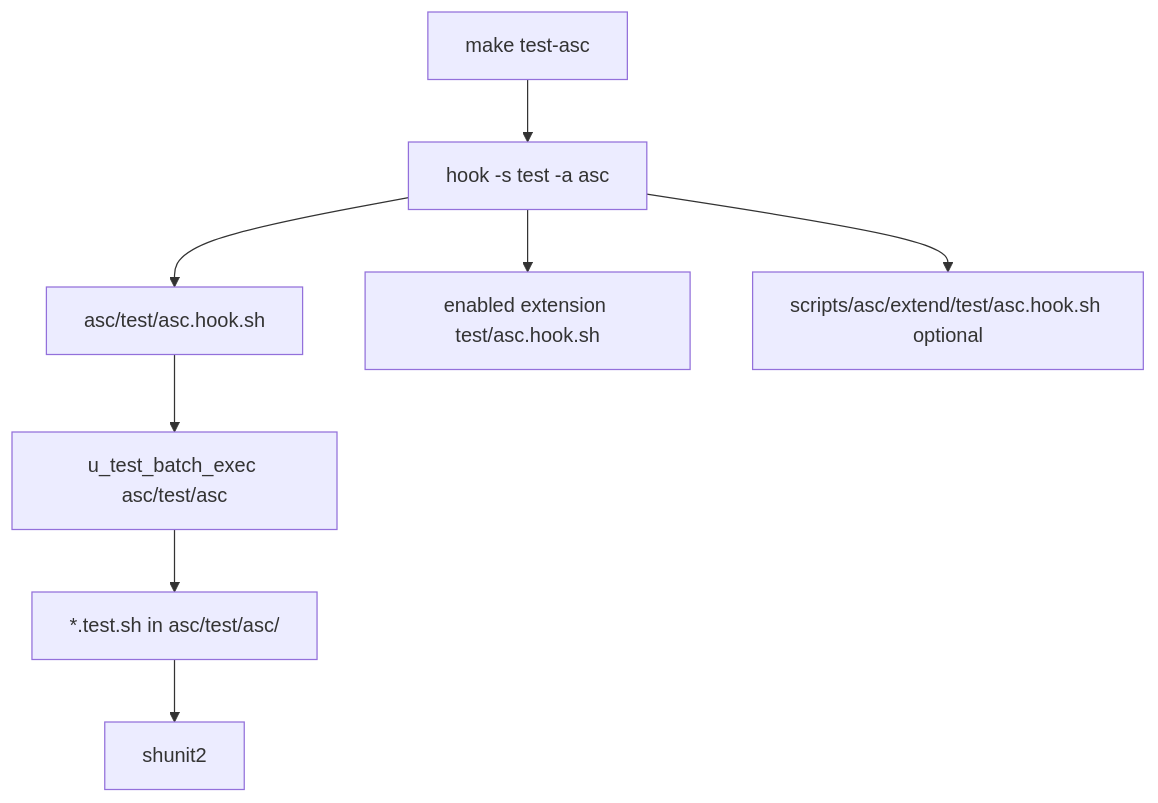
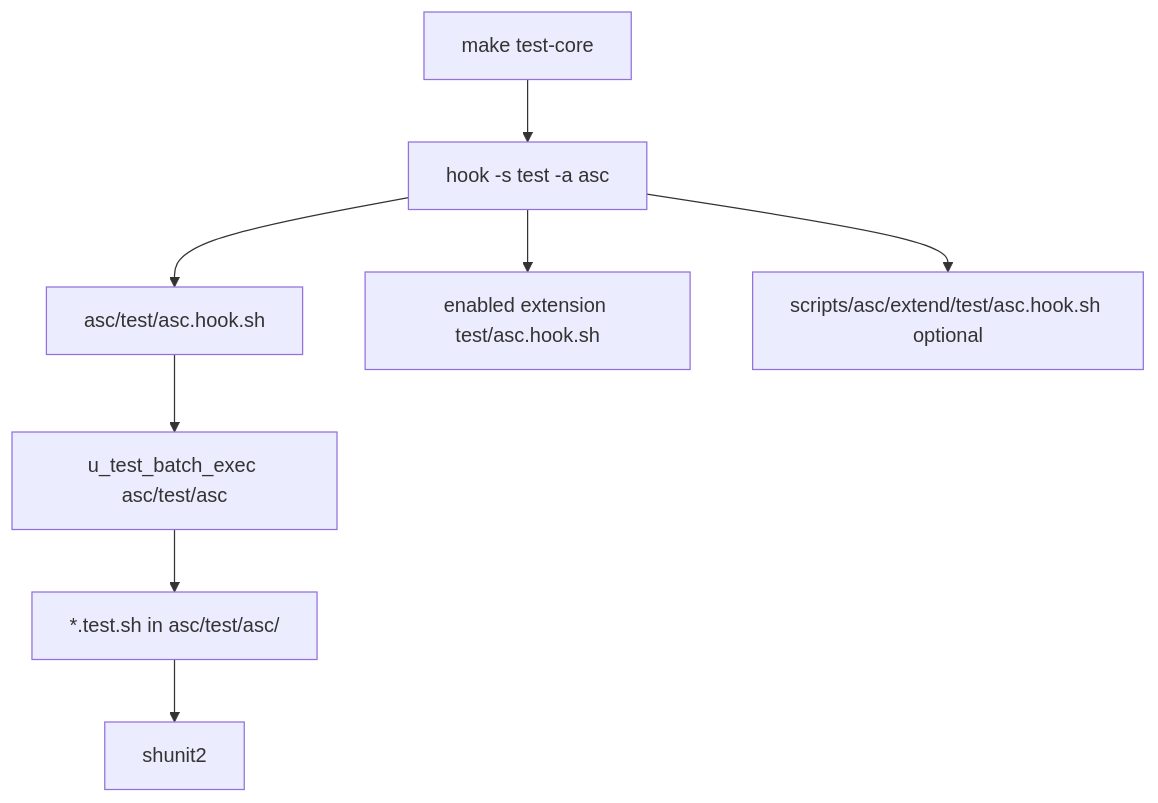
Before and after one commit to Paulmicha/asc: the diagram in docs/asc/testing.md, drawn with Mermaid. The commit also changed other lines of this file and 106 other files, not shown here.

````diff
--- a/docs/asc/testing.md
+++ b/docs/asc/testing.md
@@ -27,10 +27,10 @@
 ```mermaid
 flowchart TD
-  entry["make test-asc"] --> hook["hook -s test -a asc"]
+  entry["make test-core"] --> hook["hook -s test -a asc"]
   hook --> coreH["asc/test/asc.hook.sh"]
   hook --> extH["enabled extension test/asc.hook.sh"]
   hook --> projH["scripts/asc/extend/test/asc.hook.sh optional"]
   coreH --> batch1["u_test_batch_exec asc/test/asc"]
   batch1 --> cases["*.test.sh in asc/test/asc/"]
   cases --> shunit["shunit2"]
 ```
````
